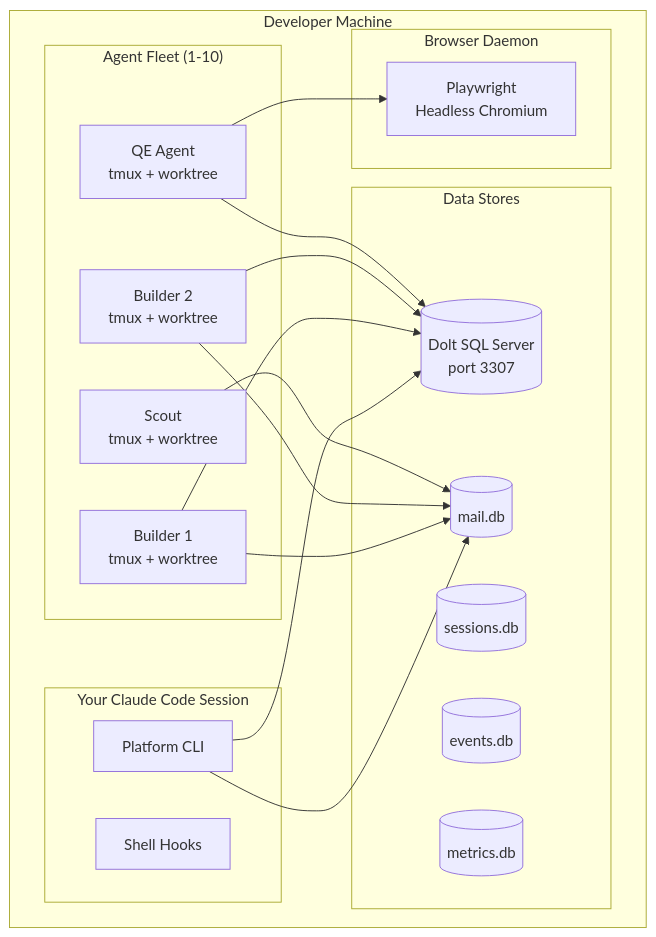
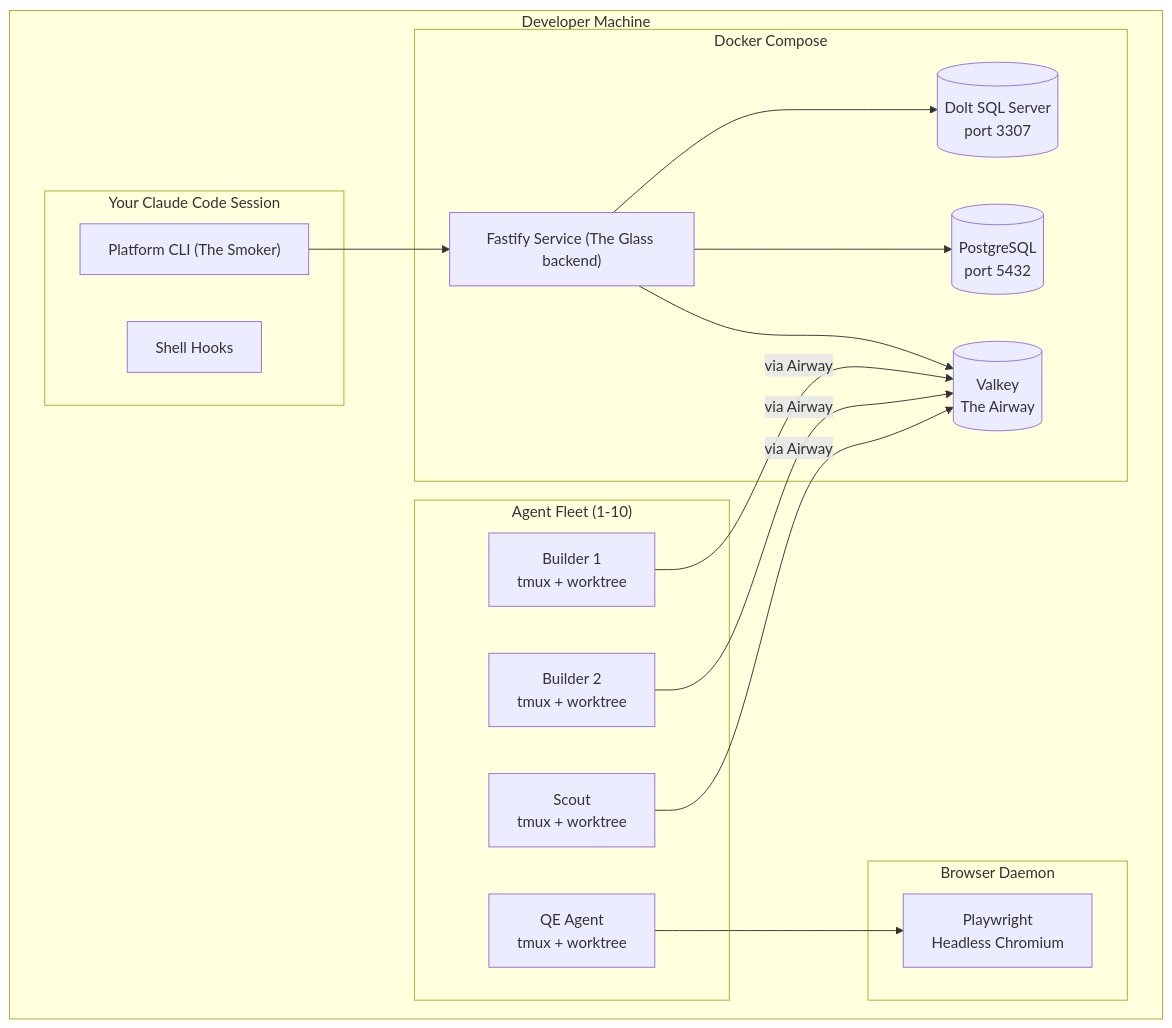
One commit to ivy00johns/AllTheSkillsAlTheAgents changed the second of 4 diagrams in plans/the-future/spec/03-system-architecture.md. Above: the diagram before and after it, drawn with Mermaid. The commit also changed other lines of this file and 6 other files, not shown here.

First line of the commit message:
feat: add API/UI layer specs, update architecture for service-hosted

````diff
--- a/plans/the-future/spec/03-system-architecture.md
+++ b/plans/the-future/spec/03-system-architecture.md
@@ -818,38 +972,36 @@
 ```mermaid
 graph TB
     subgraph Machine["Developer Machine"]
         subgraph Orchestrator["Your Claude Code Session"]
-            CLI[Platform CLI]
+            CLI["Platform CLI (The Smoker)"]
             Hooks[Shell Hooks]
         end
 
-        subgraph Data["Data Stores"]
+        subgraph DockerCompose["Docker Compose"]
+            Fastify["Fastify Service (The Glass backend)"]
             Dolt[(Dolt SQL Server<br/>port 3307)]
-            SQLite1[(mail.db)]
-            SQLite2[(sessions.db)]
-            SQLite3[(events.db)]
-            SQLite4[(metrics.db)]
+            PG[(PostgreSQL<br/>port 5432)]
+            Valkey[(Valkey<br/>The Airway)]
         end
 
         subgraph Agents["Agent Fleet (1-10)"]
             A1[Builder 1<br/>tmux + worktree]
             A2[Builder 2<br/>tmux + worktree]
             A3[Scout<br/>tmux + worktree]
             A4[QE Agent<br/>tmux + worktree]
         end
 
         subgraph Browser["Browser Daemon"]
             PW[Playwright<br/>Headless Chromium]
         end
 
-        CLI --> Dolt
-        CLI --> SQLite1
-        A1 --> Dolt
-        A1 --> SQLite1
-        A2 --> Dolt
-        A2 --> SQLite1
-        A3 --> SQLite1
-        A4 --> Dolt
+        CLI --> Fastify
+        Fastify --> Dolt
+        Fastify --> PG
+        Fastify --> Valkey
+        A1 -->|via Airway| Valkey
+        A2 -->|via Airway| Valkey
+        A3 -->|via Airway| Valkey
         A4 --> PW
     end
 ```
````
